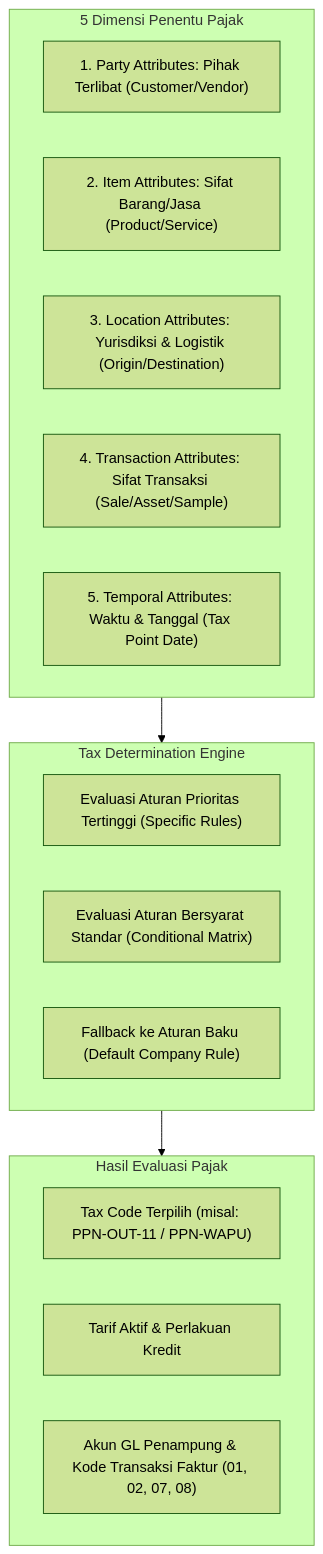
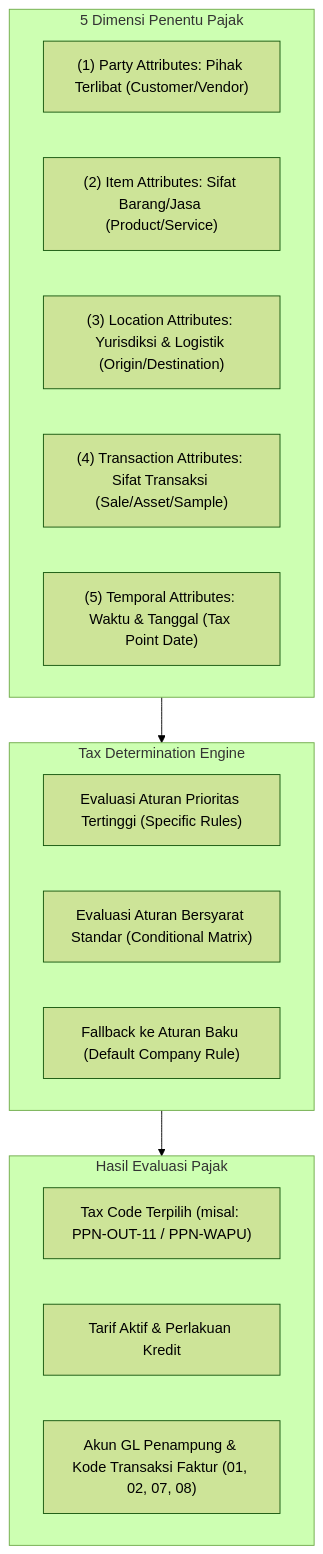
One commit to alimurrofid/erp-notes changed the first of 2 diagrams in content/11-tax/tax-determination-and-tax-rules.md. Above: the diagram before and after it, drawn with Mermaid (forest theme). The commit also changed 132 other files, not shown here.

````diff
--- a/content/11-tax/tax-determination-and-tax-rules.md
+++ b/content/11-tax/tax-determination-and-tax-rules.md
@@ -29,24 +29,24 @@
 ```mermaid
 flowchart TD
     subgraph Dimensions["5 Dimensi Penentu Pajak"]
-        D1["1. Party Attributes: Pihak Terlibat (Customer/Vendor)"]
-        D2["2. Item Attributes: Sifat Barang/Jasa (Product/Service)"]
-        D3["3. Location Attributes: Yurisdiksi & Logistik (Origin/Destination)"]
-        D4["4. Transaction Attributes: Sifat Transaksi (Sale/Asset/Sample)"]
-        D5["5. Temporal Attributes: Waktu & Tanggal (Tax Point Date)"]
+        D1["(1) Party Attributes: Pihak Terlibat (Customer/Vendor)"]
+        D2["(2) Item Attributes: Sifat Barang/Jasa (Product/Service)"]
+        D3["(3) Location Attributes: Yurisdiksi & Logistik (Origin/Destination)"]
+        D4["(4) Transaction Attributes: Sifat Transaksi (Sale/Asset/Sample)"]
+        D5["(5) Temporal Attributes: Waktu & Tanggal (Tax Point Date)"]
     end
 
     subgraph Engine["Tax Determination Engine"]
         R1["Evaluasi Aturan Prioritas Tertinggi (Specific Rules)"]
         R2["Evaluasi Aturan Bersyarat Standar (Conditional Matrix)"]
         R3["Fallback ke Aturan Baku (Default Company Rule)"]
     end
 
     subgraph Outcome["Hasil Evaluasi Pajak"]
         O1["Tax Code Terpilih (misal: PPN-OUT-11 / PPN-WAPU)"]
         O2["Tarif Aktif & Perlakuan Kredit"]
         O3["Akun GL Penampung & Kode Transaksi Faktur (01, 02, 07, 08)"]
     end
 
     Dimensions --> Engine --> Outcome
 ```
````
